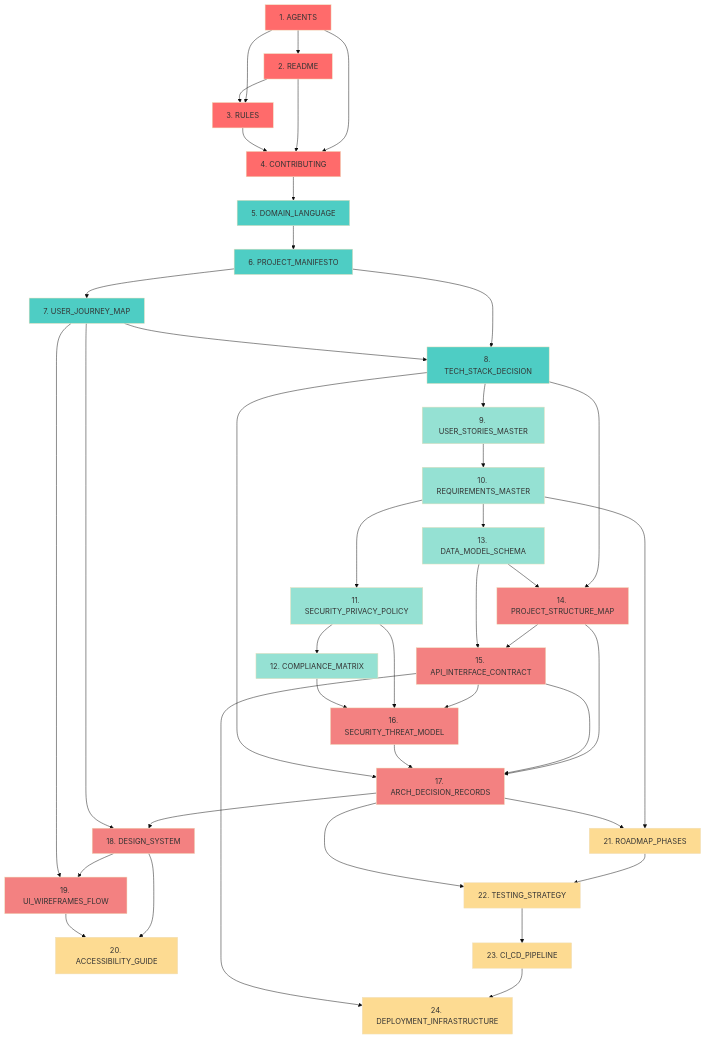
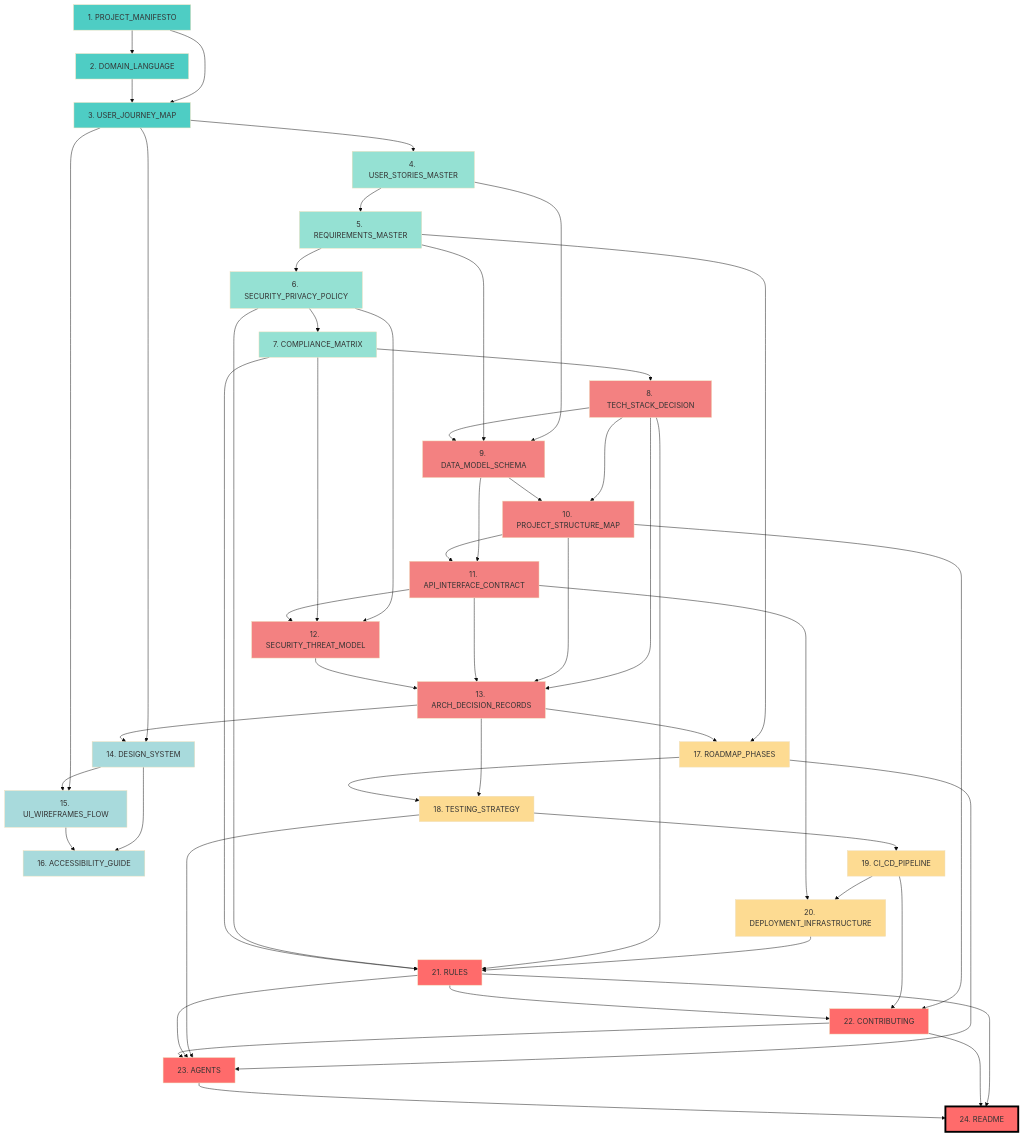
The diagram in packages/knowledge_base/02-TECH-PACKS/MASTER_WORKFLOW_EXAMPLES/GENERATION_ORDER.md (Pitcher755/soft-architect-ai), drawn with Mermaid (base theme) before and after one commit. The commit also changed other lines of this file and 3 other files, not shown here.

First line of the commit message:
refactor!: move ROOT phase to end (Phase 6) - prevent LLM hallucinations

````diff
--- a/packages/knowledge_base/02-TECH-PACKS/MASTER_WORKFLOW_EXAMPLES/GENERATION_ORDER.md
+++ b/packages/knowledge_base/02-TECH-PACKS/MASTER_WORKFLOW_EXAMPLES/GENERATION_ORDER.md
@@ -102,106 +129,124 @@
 ```mermaid
 graph TD
-    %% Phase 0: Root Foundation
-    A1[1. AGENTS]
-    A2[2. README]
-    A3[3. RULES]
-    A4[4. CONTRIBUTING]
+    %% Phase 1: Context (10-CONTEXT)
+    A1[1. PROJECT_MANIFESTO]
+    A2[2. DOMAIN_LANGUAGE]
+    A3[3. USER_JOURNEY_MAP]
 
     A1 --> A2
     A1 --> A3
     A2 --> A3
-    A1 --> A4
-    A2 --> A4
-    A3 --> A4
 
-    %% Phase 1: Context
-    B1[5. DOMAIN_LANGUAGE]
-    B2[6. PROJECT_MANIFESTO]
-    B3[7. USER_JOURNEY_MAP]
-    B4[8. TECH_STACK_DECISION]
+    %% Phase 2: Requirements (20-REQUIREMENTS)
+    B1[4. USER_STORIES_MASTER]
+    B2[5. REQUIREMENTS_MASTER]
+    B3[6. SECURITY_PRIVACY_POLICY]
+    B4[7. COMPLIANCE_MATRIX]
 
-    A4 --> B1
+    A3 --> B1
     B1 --> B2
     B2 --> B3
-    B2 --> B4
     B3 --> B4
 
-    %% Phase 2: Requirements
-    C1[9. USER_STORIES_MASTER]
-    C2[10. REQUIREMENTS_MASTER]
-    C3[11. SECURITY_PRIVACY_POLICY]
-    C4[12. COMPLIANCE_MATRIX]
-    C5[13. DATA_MODEL_SCHEMA]
+    %% Phase 3: Architecture (30-ARCHITECTURE)
+    C1[8. TECH_STACK_DECISION]
+    C2[9. DATA_MODEL_SCHEMA]
+    C3[10. PROJECT_STRUCTURE_MAP]
+    C4[11. API_INTERFACE_CONTRACT]
+    C5[12. SECURITY_THREAT_MODEL]
+    C6[13. ARCH_DECISION_RECORDS]
 
     B4 --> C1
+    B1 --> C2
+    B2 --> C2
     C1 --> C2
+    C1 --> C3
     C2 --> C3
+    C2 --> C4
     C3 --> C4
-    C2 --> C5
+    B3 --> C5
+    B4 --> C5
+    C4 --> C5
+    C1 --> C6
+    C3 --> C6
+    C4 --> C6
+    C5 --> C6
 
-    %% Phase 3: Architecture
-    D1[14. PROJECT_STRUCTURE_MAP]
-    D2[15. API_INTERFACE_CONTRACT]
-    D3[16. SECURITY_THREAT_MODEL]
-    D4[17. ARCH_DECISION_RECORDS]
-    D5[18. DESIGN_SYSTEM]
-    D6[19. UI_WIREFRAMES_FLOW]
+    %% Phase 4: UI/UX (35-UX_UI)
+    D1[14. DESIGN_SYSTEM]
+    D2[15. UI_WIREFRAMES_FLOW]
+    D3[16. ACCESSIBILITY_GUIDE]
 
-    B4 --> D1
-    C5 --> D1
+    A3 --> D1
+    C6 --> D1
+    A3 --> D2
     D1 --> D2
-    C5 --> D2
+    D1 --> D3
     D2 --> D3
-    C3 --> D3
-    C4 --> D3
-    D1 --> D4
-    D2 --> D4
-    D3 --> D4
-    B4 --> D4
-    D4 --> D5
-    B3 --> D5
-    D5 --> D6
-    B3 --> D6
 
-    %% Phase 4: Planning
-    E1[20. ACCESSIBILITY_GUIDE]
-    E2[21. ROADMAP_PHASES]
-    E3[22. TESTING_STRATEGY]
-    E4[23. CI_CD_PIPELINE]
-    E5[24. DEPLOYMENT_INFRASTRUCTURE]
+    %% Phase 5: Planning (40-PLANNING)
+    E1[17. ROADMAP_PHASES]
+    E2[18. TESTING_STRATEGY]
+    E3[19. CI_CD_PIPELINE]
+    E4[20. DEPLOYMENT_INFRASTRUCTURE]
 
-    D5 --> E1
-    D6 --> E1
-    C2 --> E2
-    D4 --> E2
+    B2 --> E1
+    C6 --> E1
+    C6 --> E2
+    E1 --> E2
     E2 --> E3
-    D4 --> E3
     E3 --> E4
-    E4 --> E5
-    D2 --> E5
+    C4 --> E4
 
-    style A1 fill:#ff6b6b
-    style A2 fill:#ff6b6b
-    style A3 fill:#ff6b6b
-    style A4 fill:#ff6b6b
-    style B1 fill:#4ecdc4
-    style B2 fill:#4ecdc4
-    style B3 fill:#4ecdc4
-    style B4 fill:#4ecdc4
-    style C1 fill:#95e1d3
-    style C2 fill:#95e1d3
-    style C3 fill:#95e1d3
-    style C4 fill:#95e1d3
-    style C5 fill:#95e1d3
-    style D1 fill:#f38181
-    style D2 fill:#f38181
-    style D3 fill:#f38181
-    style D4 fill:#f38181
-    style D5 fill:#f38181
-    style D6 fill:#f38181
+    %% Phase 6: ROOT Synthesis (00-ROOT) - FINAL PHASE
+    F1[21. RULES]
+    F2[22. CONTRIBUTING]
+    F3[23. AGENTS]
+    F4[24. README]
+
+    %% ROOT depends on ALL previous phases
+    E4 --> F1
+    C1 --> F1
+    B3 --> F1
+    B4 --> F1
+
+    C3 --> F2
+    E3 --> F2
+    F1 --> F2
+
+    E1 --> F3
+    E2 --> F3
+    F1 --> F3
+    F2 --> F3
+
+    %% README synthesizes EVERYTHING
+    F1 --> F4
+    F2 --> F4
+    F3 --> F4
+
+    %% Styling
+    style A1 fill:#4ecdc4
+    style A2 fill:#4ecdc4
+    style A3 fill:#4ecdc4
+    style B1 fill:#95e1d3
+    style B2 fill:#95e1d3
+    style B3 fill:#95e1d3
+    style B4 fill:#95e1d3
+    style C1 fill:#f38181
+    style C2 fill:#f38181
+    style C3 fill:#f38181
+    style C4 fill:#f38181
+    style C5 fill:#f38181
+    style C6 fill:#f38181
+    style D1 fill:#a8dadc
+    style D2 fill:#a8dadc
+    style D3 fill:#a8dadc
     style E1 fill:#fddb92
     style E2 fill:#fddb92
     style E3 fill:#fddb92
     style E4 fill:#fddb92
-    style E5 fill:#fddb92
+    style F1 fill:#ff6b6b
+    style F2 fill:#ff6b6b
+    style F3 fill:#ff6b6b
+    style F4 fill:#ff6b6b,stroke:#000,stroke-width:4px
 ```
````
